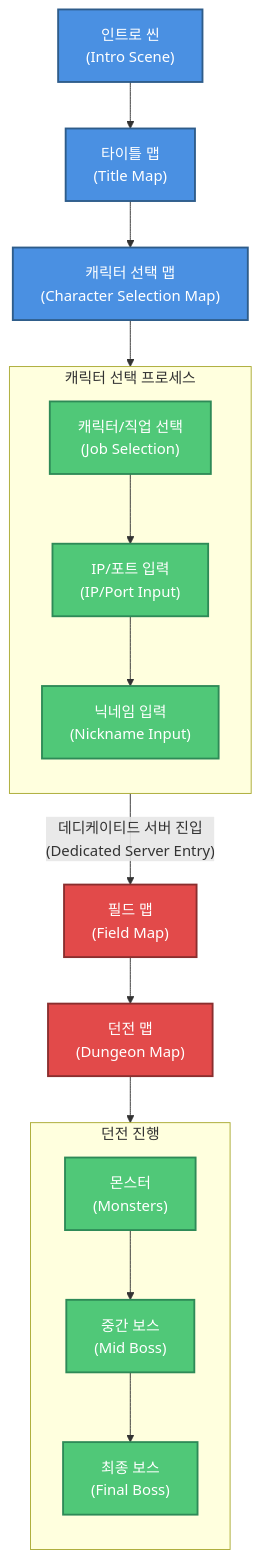
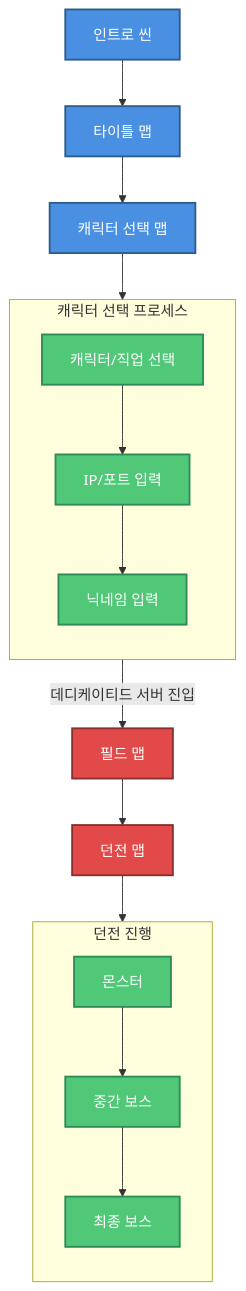
One commit to gksmssla82/ODIN-VALHALRARISING-Dedicated changed the first of 8 diagrams in README.md. Above: the diagram before and after it, drawn with Mermaid. The commit also changed other lines of this file, not shown here.

````diff
--- a/README.md
+++ b/README.md
@@ -79,50 +71,50 @@
 ```mermaid
 flowchart TD
     %% 노드 정의
-    Intro["인트로 씬<br/>(Intro Scene)"]
-    Title["타이틀 맵<br/>(Title Map)"]
-    CharSelect["캐릭터 선택 맵<br/>(Character Selection Map)"]
-    Field["필드 맵<br/>(Field Map)"]
-    Dungeon["던전 맵<br/>(Dungeon Map)"]
+    Intro["인트로 씬"]
+    Title["타이틀 맵"]
+    CharSelect["캐릭터 선택 맵"]
+    Field["필드 맵"]
+    Dungeon["던전 맵"]
 
     %% 메인 플로우
     Intro --> Title
     Title --> CharSelect
 
     %% 캐릭터 선택 상세
     subgraph CharSelectDetails ["캐릭터 선택 프로세스"]
         direction TB
-        JobSel["캐릭터/직업 선택<br/>(Job Selection)"]
-        IPInput["IP/포트 입력<br/>(IP/Port Input)"]
-        NickInput["닉네임 입력<br/>(Nickname Input)"]
+        JobSel["캐릭터/직업 선택"]
+        IPInput["IP/포트 입력"]
+        NickInput["닉네임 입력"]
         
         JobSel --> IPInput --> NickInput
     end
     
     CharSelect --> JobSel
-    NickInput -- "데디케이티드 서버 진입<br/>(Dedicated Server Entry)" --> Field
+    NickInput -- "데디케이티드 서버 진입" --> Field
 
     %% 필드에서 던전으로
     Field --> Dungeon
 
     %% 던전 진행 상세
     subgraph DungeonDetails ["던전 진행"]
         direction TB
-        Monsters["몬스터<br/>(Monsters)"]
-        MidBoss["중간 보스<br/>(Mid Boss)"]
-        Boss["최종 보스<br/>(Final Boss)"]
+        Monsters["몬스터"]
+        MidBoss["중간 보스"]
+        Boss["최종 보스"]
         
         Monsters --> MidBoss --> Boss
     end
     
     Dungeon --> Monsters
 
     %% 스타일링
     classDef clientSide fill:#4A90E2,stroke:#2E5C8A,stroke-width:2px,color:#fff
     classDef serverSide fill:#E24A4A,stroke:#8A2E2E,stroke-width:2px,color:#fff
     classDef process fill:#50C878,stroke:#2E8A57,stroke-width:2px,color:#fff
     
     class Intro,Title,CharSelect clientSide
     class Field,Dungeon serverSide
     class JobSel,IPInput,NickInput,Monsters,MidBoss,Boss process
 ```
````
